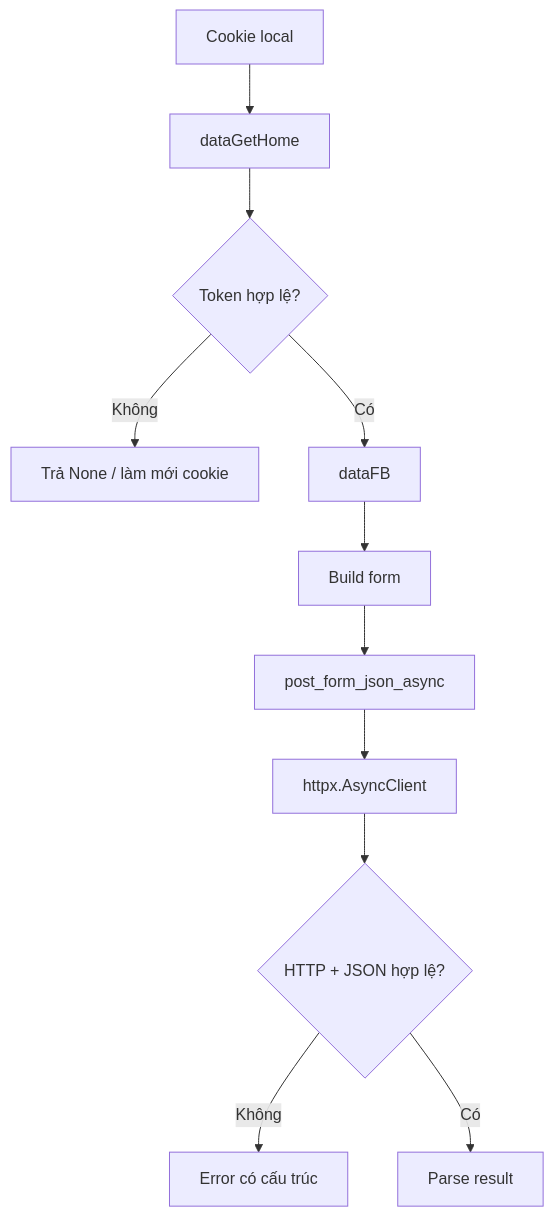
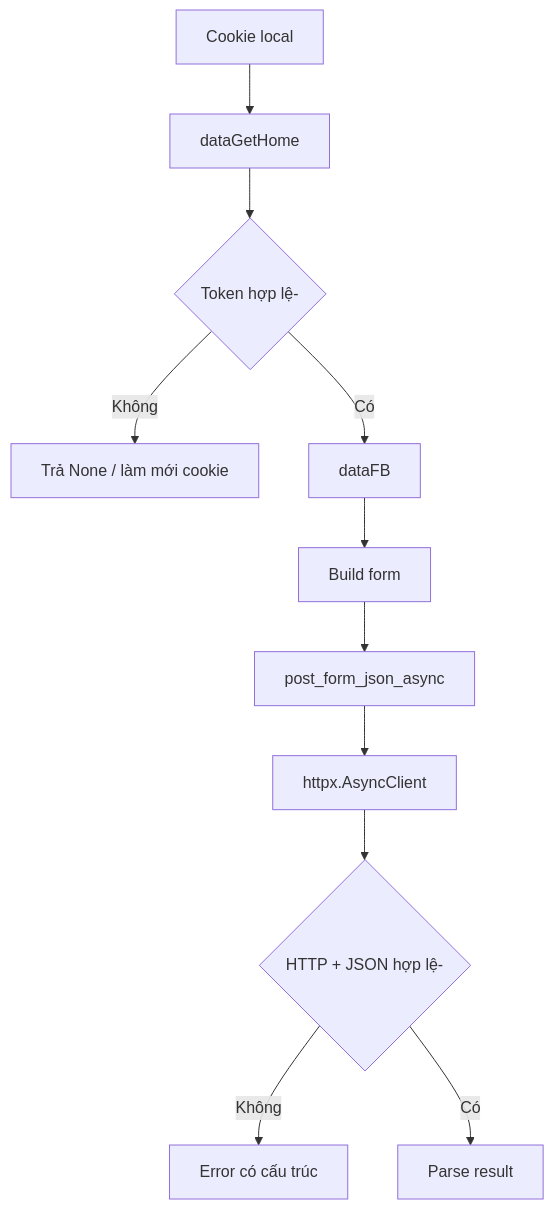
The first of 4 diagrams in FLOWCHART.md (m008v/fbchat-v2), drawn with Mermaid before and after one commit. The commit also changed other lines of this file and 17 other files, not shown here.

````diff
--- a/FLOWCHART.md
+++ b/FLOWCHART.md
@@ -5,13 +5,13 @@
 ```mermaid
 flowchart TD
     A[Cookie local] --> B[dataGetHome]
-    B --> C{Token hợp lệ?}
+    B --> C{Token hợp lệ-}
     C -- Không --> D[Trả None / làm mới cookie]
     C -- Có --> E[dataFB]
     E --> F[Build form]
     F --> G[post_form_json_async]
     G --> H[httpx.AsyncClient]
-    H --> I{HTTP + JSON hợp lệ?}
+    H --> I{HTTP + JSON hợp lệ-}
     I -- Không --> J[Error có cấu trúc]
     I -- Có --> K[Parse result]
 ```
````
